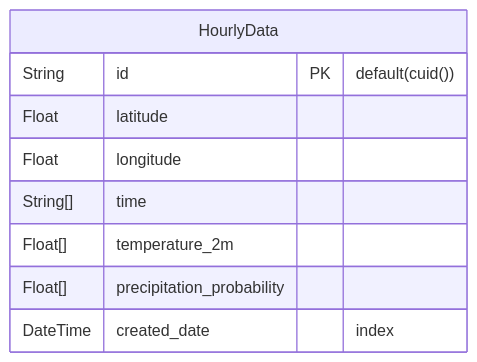
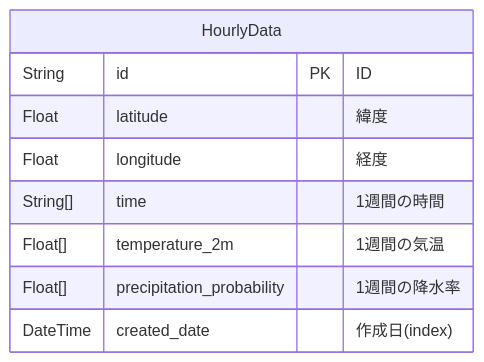
One commit to setodeve/weather-app changed the diagram in README.md. Above: the diagram before and after it, drawn with Mermaid. The commit also changed other lines of this file and 1 other file, not shown here.

````diff
--- a/README.md
+++ b/README.md
@@ -36,12 +36,12 @@
 ```mermaid
 erDiagram
     HourlyData {
-        String id PK "default(cuid())"
-        Float latitude
-        Float longitude
-        String[] time
-        Float[] temperature_2m
-        Float[] precipitation_probability
-        DateTime created_date "index"
+        String id PK "ID"
+        Float latitude "緯度"
+        Float longitude "経度"
+        String[] time "1週間の時間"
+        Float[] temperature_2m "1週間の気温"
+        Float[] precipitation_probability "1週間の降水率"
+        DateTime created_date "作成日(index)"
     }
 ```
````
